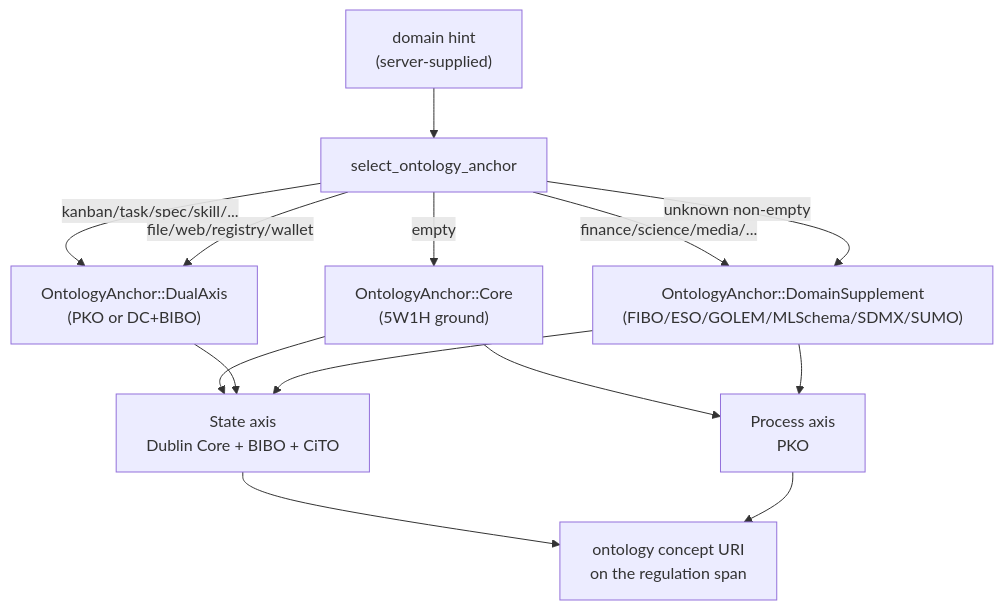
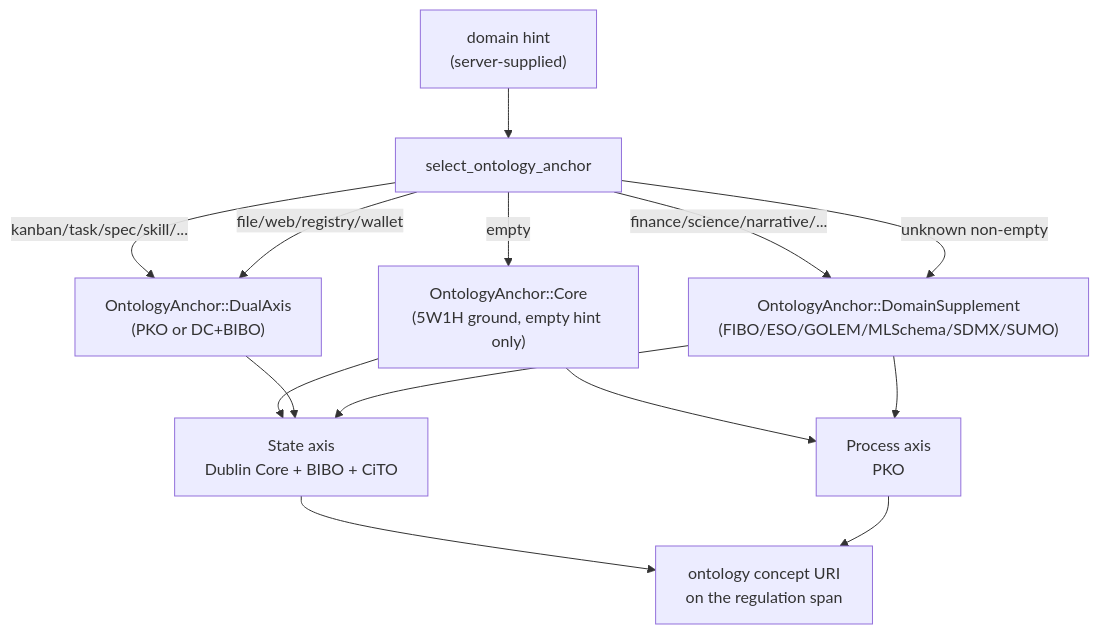
One commit to mdz-axo/zed-kask changed the diagram in kask/docs/diataxis/hkask-bridge-ontology/how-to.md. Above: the diagram before and after it, drawn with Mermaid. The commit also changed other lines of this file and 34 other files, not shown here.

````diff
--- a/kask/docs/diataxis/hkask-bridge-ontology/how-to.md
+++ b/kask/docs/diataxis/hkask-bridge-ontology/how-to.md
@@ -28,25 +29,25 @@
 ```mermaid
 graph TD
     Hint["domain hint<br/>(server-supplied)"]
     Sel["select_ontology_anchor"]
-    Core["OntologyAnchor::Core<br/>(5W1H ground)"]
+    Core["OntologyAnchor::Core<br/>(5W1H ground, empty hint only)"]
     Dual["OntologyAnchor::DualAxis<br/>(PKO or DC+BIBO)"]
     Supp["OntologyAnchor::DomainSupplement<br/>(FIBO/ESO/GOLEM/MLSchema/SDMX/SUMO)"]
     State["State axis<br/>Dublin Core + BIBO + CiTO"]
     Proc["Process axis<br/>PKO"]
     Tag["ontology concept URI<br/>on the regulation span"]
 
     Hint --> Sel
     Sel -->|"empty"| Core
     Sel -->|"kanban/task/spec/skill/..."| Dual
     Sel -->|"file/web/registry/wallet"| Dual
-    Sel -->|"finance/science/media/..."| Supp
+    Sel -->|"finance/science/narrative/..."| Supp
     Sel -->|"unknown non-empty"| Supp
     Core --> State
     Core --> Proc
     Dual --> State
     Supp --> State
     Supp --> Proc
     State --> Tag
     Proc --> Tag
 ```
````
